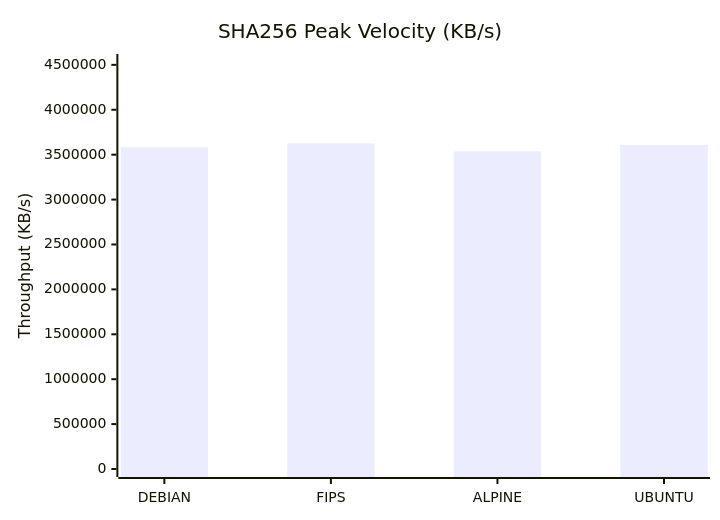
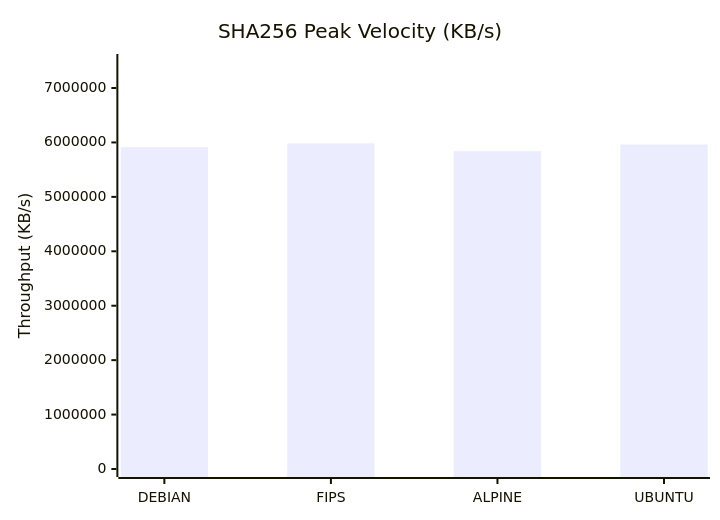
One commit to taha2samy/openssl_fips changed the second of 9 diagrams in docs/Comparison_Report.md. Above: the diagram before and after it, drawn with Mermaid. The commit also changed other lines of this file and 2 other files, not shown here.

````diff
--- a/docs/Comparison_Report.md
+++ b/docs/Comparison_Report.md
@@ -65,7 +65,7 @@
 ```mermaid
 xychart-beta
     title "SHA256 Peak Velocity (KB/s)"
     x-axis [DEBIAN, FIPS, ALPINE, UBUNTU]
-    y-axis "Throughput (KB/s)" 0 --> 4531783
-    bar [3581861.89, 3625426.94, 3536723.97, 3609174.02]
+    y-axis "Throughput (KB/s)" 0 --> 7478108
+    bar [5913600.0, 5982486.53, 5839921.15, 5961670.66]
 ```
````
